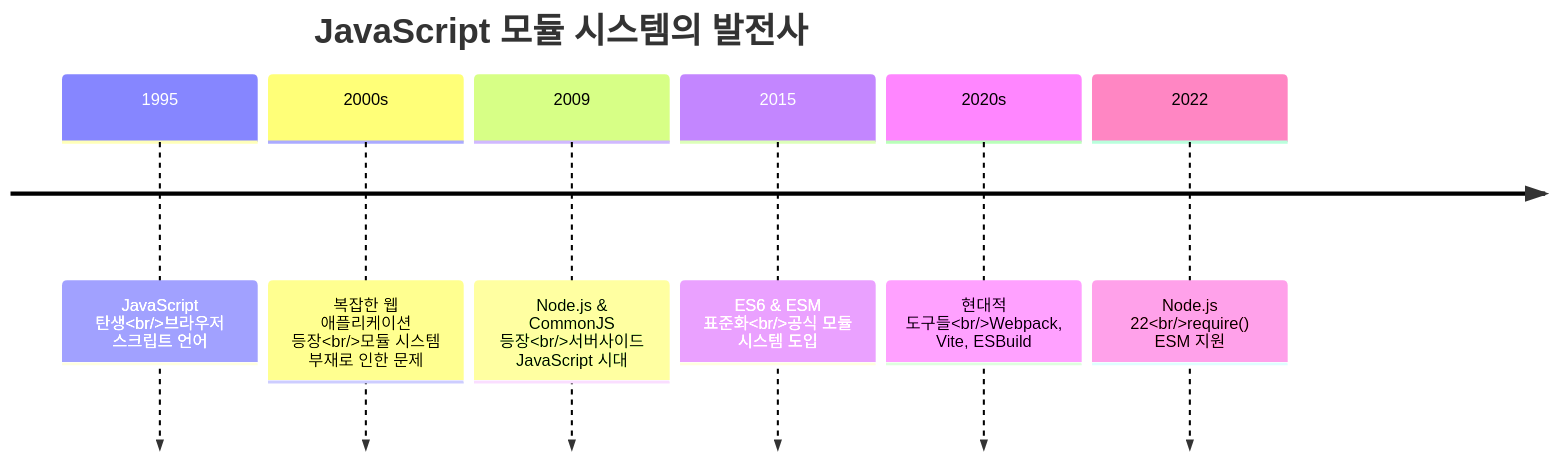
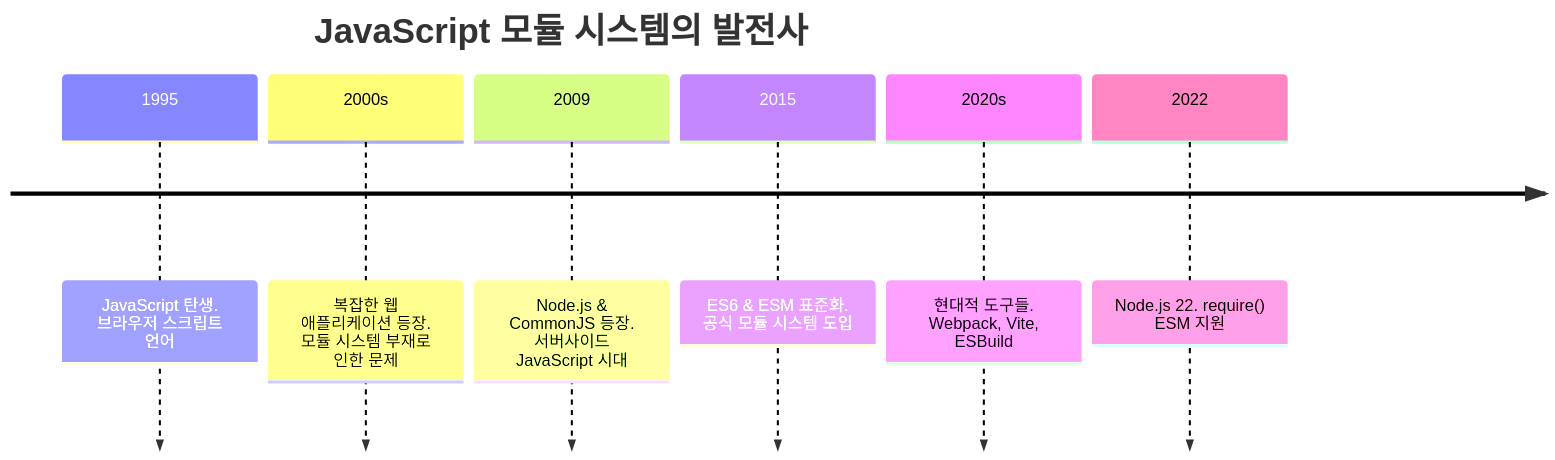
The first of 7 diagrams in src/commonjs-esm/README.md (netscout/typescript-studies), drawn with Mermaid before and after one commit.

Commit message:
수정

````diff
--- a/src/commonjs-esm/README.md
+++ b/src/commonjs-esm/README.md
@@ -30,11 +30,11 @@
 ```mermaid
 timeline
     title JavaScript 모듈 시스템의 발전사
 
-    1995 : JavaScript 탄생<br/>브라우저 스크립트 언어
-    2000s : 복잡한 웹 애플리케이션 등장<br/>모듈 시스템 부재로 인한 문제
-    2009 : Node.js & CommonJS 등장<br/>서버사이드 JavaScript 시대
-    2015 : ES6 & ESM 표준화<br/>공식 모듈 시스템 도입
-    2020s : 현대적 도구들<br/>Webpack, Vite, ESBuild
-    2022 : Node.js 22<br/>require() ESM 지원
+    1995 : JavaScript 탄생. 브라우저 스크립트 언어
+    2000s : 복잡한 웹 애플리케이션 등장. 모듈 시스템 부재로 인한 문제
+    2009 : Node.js & CommonJS 등장. 서버사이드 JavaScript 시대
+    2015 : ES6 & ESM 표준화. 공식 모듈 시스템 도입
+    2020s : 현대적 도구들. Webpack, Vite, ESBuild
+    2022 : Node.js 22. require() ESM 지원
 ```
````
